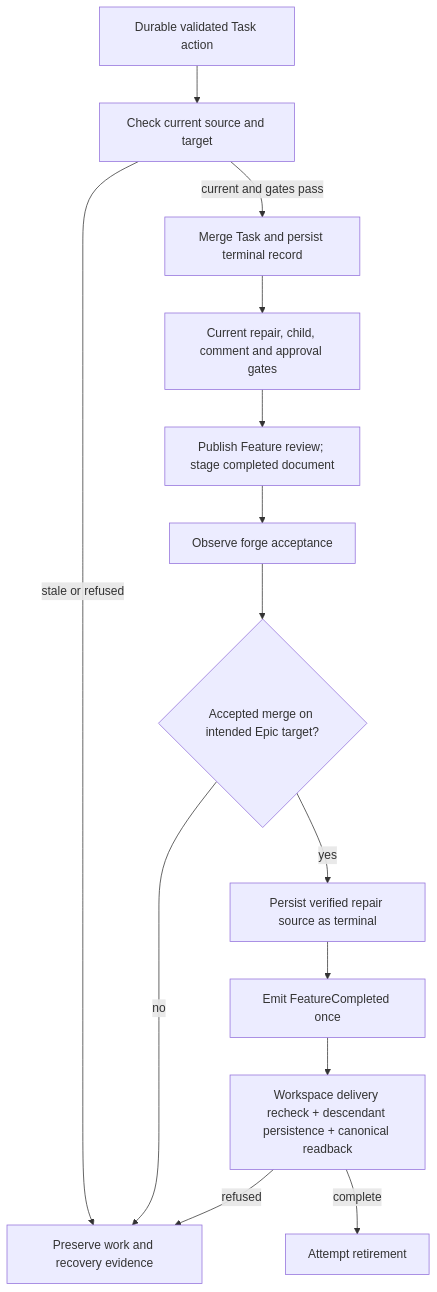
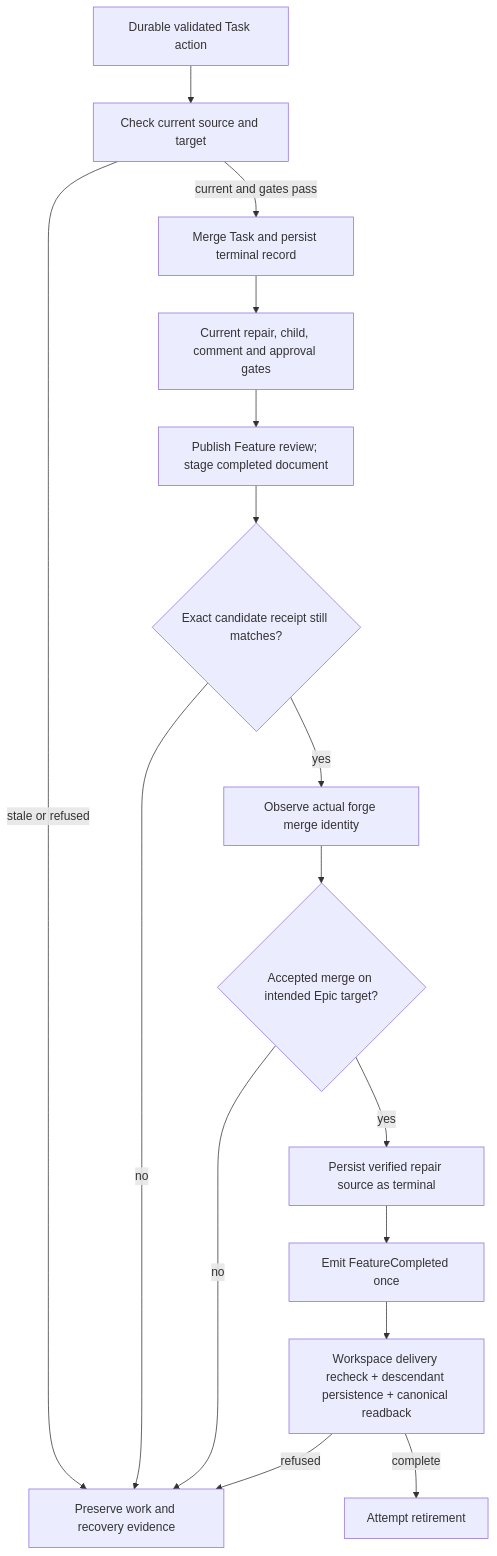
Before and after one commit to vincentc-b/CascadeCode: the first of 2 diagrams in cascade/boss/DESIGN.md, drawn with Mermaid. The commit also changed other lines of this file and 22 other files, not shown here.

First line of the commit message:
task/task_054_001_003: Track accepted merge identity and verify end-to-end review evidence

````diff
--- a/cascade/boss/DESIGN.md
+++ b/cascade/boss/DESIGN.md
@@ -90,16 +92,18 @@
 ```mermaid
 flowchart TD
     Queue[Durable validated Task action] --> Pair[Check current source and target]
     Pair -->|current and gates pass| Merge[Merge Task and persist terminal record]
     Pair -->|stale or refused| Preserve[Preserve work and recovery evidence]
     Merge --> Rollup[Current repair, child, comment and approval gates]
     Rollup --> Review[Publish Feature review; stage completed document]
-    Review --> Accept[Observe forge acceptance]
+    Review --> Receipt{Exact candidate receipt still matches?}
+    Receipt -->|no| Preserve
+    Receipt -->|yes| Accept[Observe actual forge merge identity]
     Accept --> Target{Accepted merge on intended Epic target?}
     Target -->|no| Preserve
     Target -->|yes| Source[Persist verified repair source as terminal]
     Source --> Event[Emit FeatureCompleted once]
     Event --> Proof[Workspace delivery recheck + descendant persistence + canonical readback]
     Proof -->|complete| Close[Attempt retirement]
     Proof -->|refused| Preserve
 ```
````
